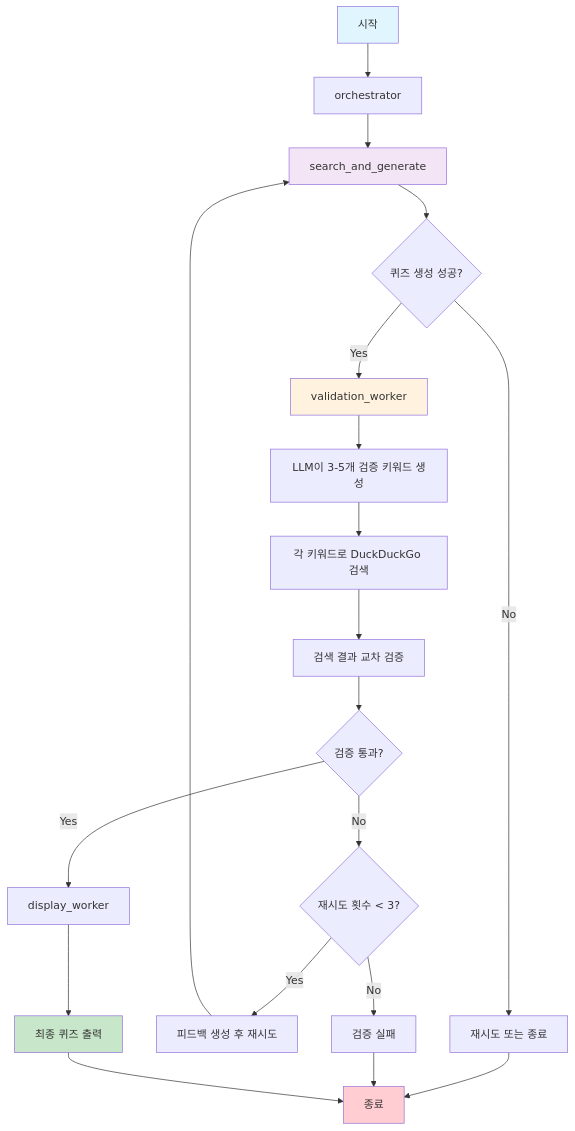
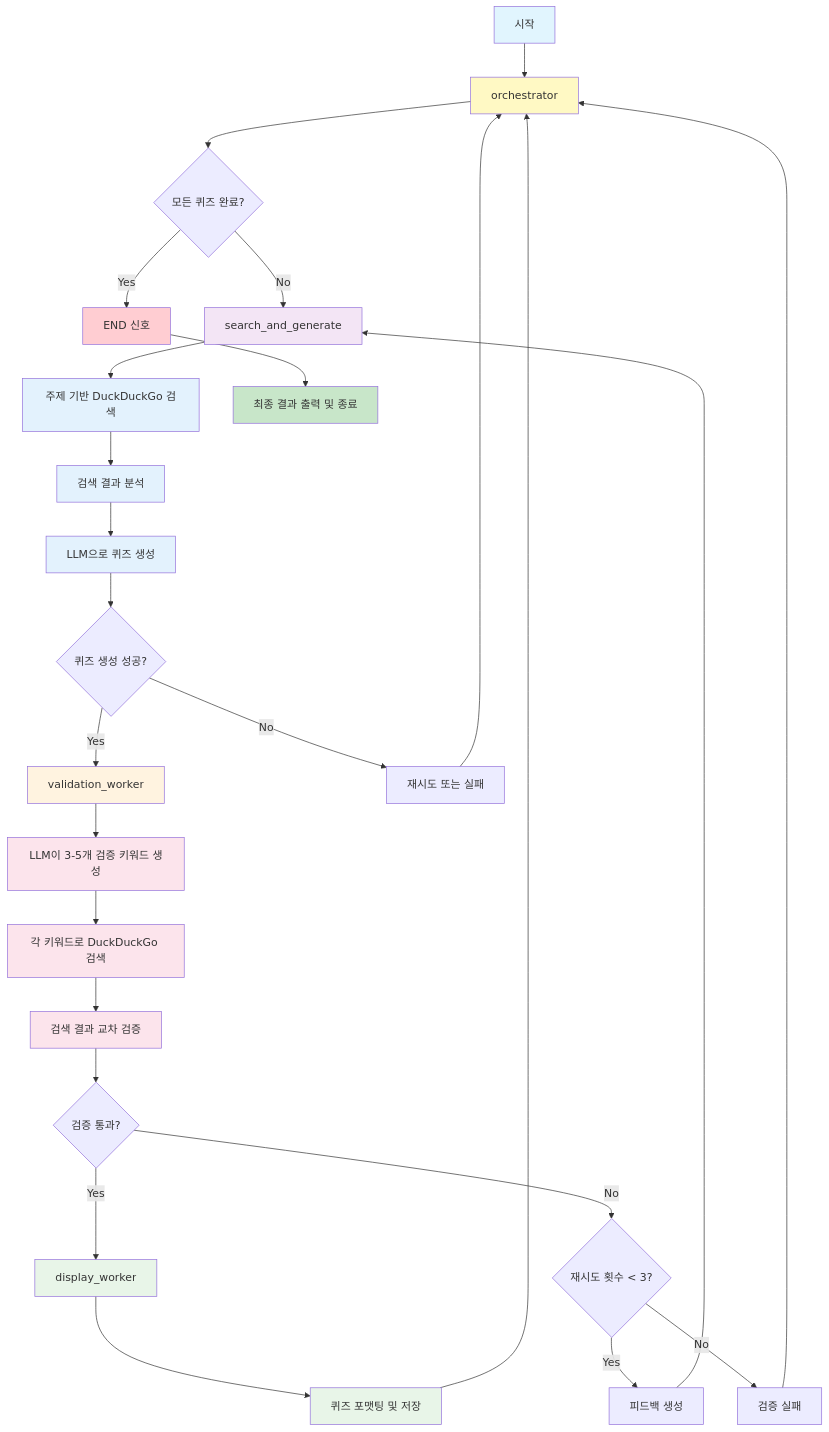
The diagram in README.md (blait/GenAI-quiz-Gen), drawn with Mermaid before and after one commit.

Commit message:
Update workflow diagram to show orchestrator loop and detailed search_and_generate process
- Show orchestrator managing multiple quiz generation cycles
- Add END signal when all quizzes are completed
- Detail search_and_generate internal steps: search → analysis → quiz generation
- Improve visual representation of the LangGraph workflow

````diff
--- a/README.md
+++ b/README.md
@@ -14,30 +14,49 @@
 ```mermaid
 graph TD
     A[시작] --> B[orchestrator]
-    B --> C[search_and_generate]
-    C --> D{퀴즈 생성 성공?}
-    D -->|Yes| E[validation_worker]
-    D -->|No| F[재시도 또는 종료]
+    B --> C{모든 퀴즈 완료?}
+    C -->|No| D[search_and_generate]
+    C -->|Yes| END[END 신호]
     
-    E --> G[LLM이 3-5개 검증 키워드 생성]
-    G --> H[각 키워드로 DuckDuckGo 검색]
-    H --> I[검색 결과 교차 검증]
-    I --> J{검증 통과?}
+    D --> D1[주제 기반 DuckDuckGo 검색]
+    D1 --> D2[검색 결과 분석]
+    D2 --> D3[LLM으로 퀴즈 생성]
+    D3 --> E{퀴즈 생성 성공?}
     
-    J -->|Yes| K[display_worker]
-    J -->|No| L{재시도 횟수 < 3?}
-    L -->|Yes| M[피드백 생성 후 재시도]
-    L -->|No| N[검증 실패]
+    E -->|Yes| F[validation_worker]
+    E -->|No| G[재시도 또는 실패]
+    G --> B
     
-    M --> C
-    K --> O[최종 퀴즈 출력]
-    F --> P[종료]
-    N --> P
-    O --> P
+    F --> F1[LLM이 3-5개 검증 키워드 생성]
+    F1 --> F2[각 키워드로 DuckDuckGo 검색]
+    F2 --> F3[검색 결과 교차 검증]
+    F3 --> H{검증 통과?}
+    
+    H -->|Yes| I[display_worker]
+    H -->|No| J{재시도 횟수 < 3?}
+    J -->|Yes| K[피드백 생성]
+    J -->|No| L[검증 실패]
+    
+    K --> D
+    I --> I1[퀴즈 포맷팅 및 저장]
+    I1 --> B
+    L --> B
+    
+    END --> M[최종 결과 출력 및 종료]
     
     style A fill:#e1f5fe
-    style O fill:#c8e6c9
-    style P fill:#ffcdd2
-    style E fill:#fff3e0
-    style C fill:#f3e5f5
+    style B fill:#fff9c4
+    style D fill:#f3e5f5
+    style F fill:#fff3e0
+    style I fill:#e8f5e8
+    style END fill:#ffcdd2
+    style M fill:#c8e6c9
+    
+    style D1 fill:#e3f2fd
+    style D2 fill:#e3f2fd
+    style D3 fill:#e3f2fd
+    style F1 fill:#fce4ec
+    style F2 fill:#fce4ec
+    style F3 fill:#fce4ec
+    style I1 fill:#e8f5e8
 ```
````
